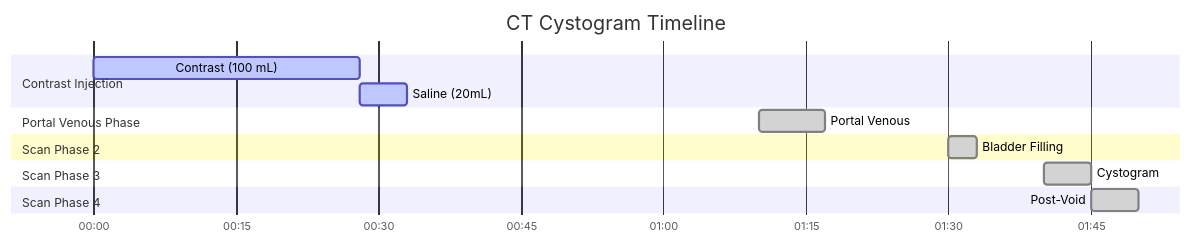
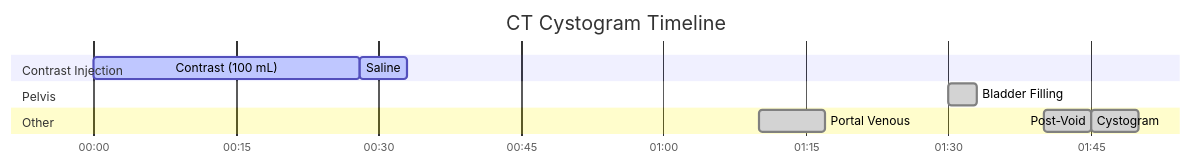
One commit to dfergs93/radiology-protocols changed the diagram in docs/ct/abdomen/ct-cystogram.md. Above: the diagram before and after it, drawn with Mermaid. The commit also changed other lines of this file and 101 other files, not shown here.

````diff
--- a/docs/ct/abdomen/ct-cystogram.md
+++ b/docs/ct/abdomen/ct-cystogram.md
@@ -85,22 +86,22 @@
   ```mermaid
   ---
+  displayMode: compact
   config:
     theme: default
+    themeCSS: " #Saline{ fill: #4ed5ff; stroke: #2094f3; } "
   ---
     gantt
       title CT Cystogram Timeline
       dateFormat mm:ss
       axisFormat %M:%S 
       
       section Contrast Injection
       Contrast (100 mL)    :active, contrast, 00:00, 28s
-      Saline (20mL)          :active, saline, after contrast, 5s
-      section Portal Venous Phase
-      Portal Venous    :done, scan1, 01:10, 7s
-      section Scan Phase 2
-      Bladder Filling    :done, scan2, 01:30, 3s
-      section Scan Phase 3
+      Saline          :active, saline, after contrast, 5s
+      section Pelvis
+      Bladder Filling    :done, scan1, 01:30, 3s
+      section Other
+      Portal Venous    :done, scan2, 01:10, 7s
       Cystogram    :done, scan3, 01:40, 5s
-      section Scan Phase 4
       Post-Void    :done, scan4, after scan3, 5s
   ```
````
